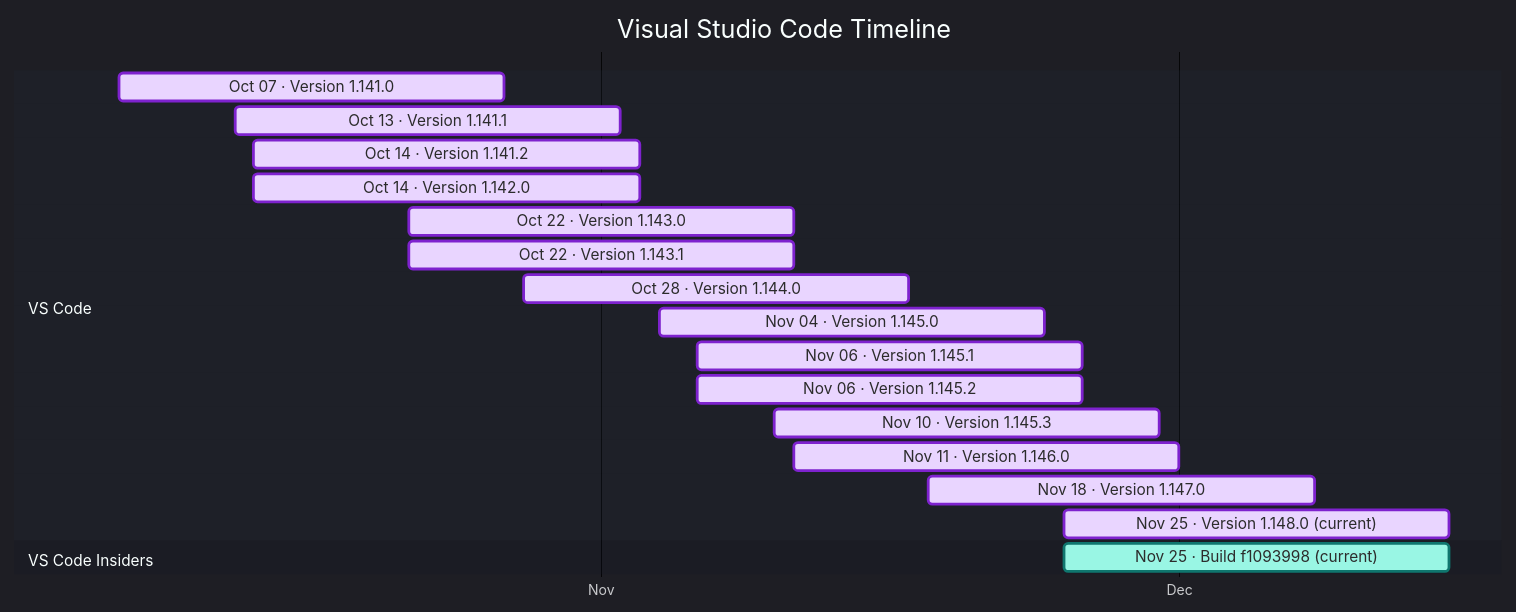
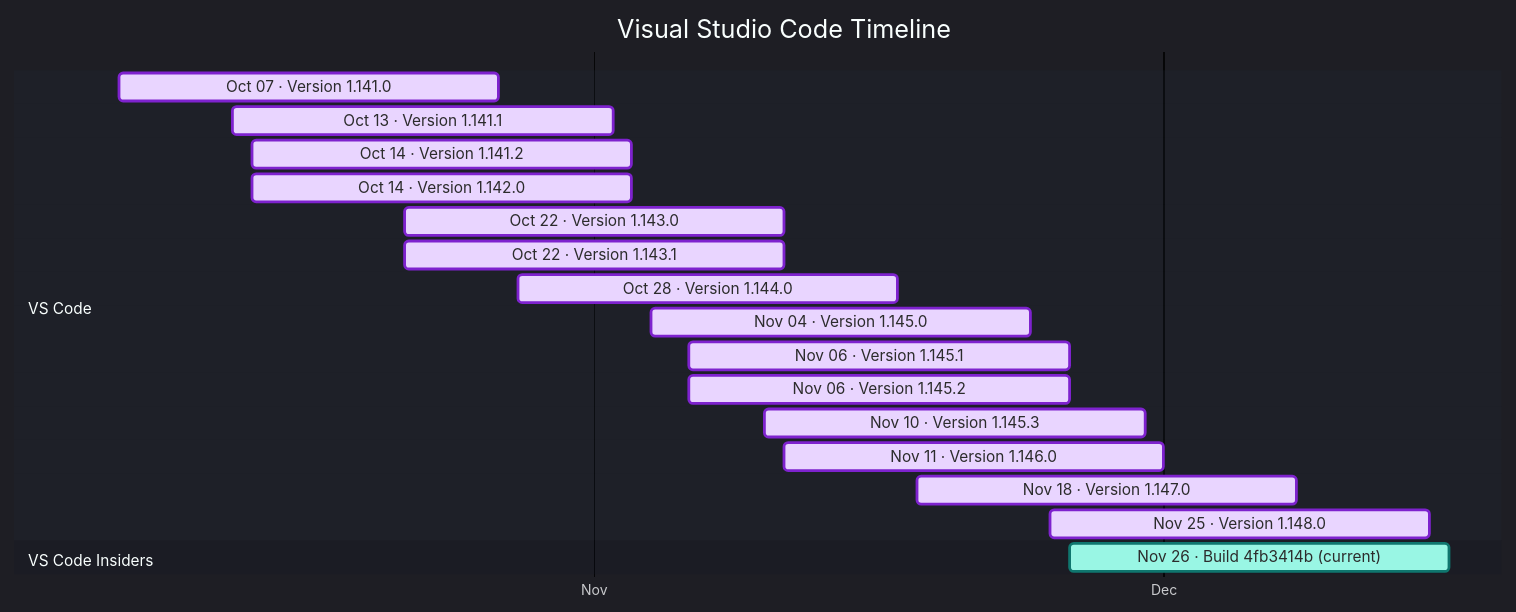
One commit to Oxelya-DevTools/VisualStudioUpdate changed the diagram in docs/vscode.md. Above: the diagram before and after it, drawn with Mermaid. The commit also changed other lines of this file and 1 other file, not shown here.

Commit message:
Update generated release feeds

````diff
--- a/docs/vscode.md
+++ b/docs/vscode.md
@@ -9,25 +9,25 @@
 ```mermaid
 %%{init: {'theme':'dark','themeVariables': { 'fontFamily': 'Segoe UI', 'fontSize': '24px', 'textColor': '#F3F4F6', 'titleTextColor': '#FFFFFF', 'taskTextColor': '#111827', 'taskTextLightColor': '#111827', 'taskTextOutsideColor': '#F3F4F6', 'taskBkgColor': '#BAE6FD', 'taskBorderColor': '#0369A1', 'doneTaskBkgColor': '#E9D5FF', 'doneTaskBorderColor': '#7E22CE', 'activeTaskBkgColor': '#99F6E4', 'activeTaskBorderColor': '#0F766E', 'critTaskBkgColor': '#FED7AA', 'critTaskBorderColor': '#C2410C', 'sectionBkgColor': '#1F2937', 'altSectionBkgColor': '#111827', 'gridColor': '#4B5563', 'todayLineColor': '#F87171' }}}%%
 gantt
     title Visual Studio Code Timeline
     dateFormat  YYYY-MM-DD
     axisFormat  %b
     tickInterval 1month
     section VS Code
     Oct 07 · Version 1.141.0 : done, vscode202610070, 2026-10-07, 20d
     Oct 13 · Version 1.141.1 : done, vscode202610131, 2026-10-13, 20d
     Oct 14 · Version 1.141.2 : done, vscode202610142, 2026-10-14, 20d
     Oct 14 · Version 1.142.0 : done, vscode202610143, 2026-10-14, 20d
     Oct 22 · Version 1.143.0 : done, vscode202610224, 2026-10-22, 20d
     Oct 22 · Version 1.143.1 : done, vscode202610225, 2026-10-22, 20d
     Oct 28 · Version 1.144.0 : done, vscode202610286, 2026-10-28, 20d
     Nov 04 · Version 1.145.0 : done, vscode202611047, 2026-11-04, 20d
     Nov 06 · Version 1.145.1 : done, vscode202611068, 2026-11-06, 20d
     Nov 06 · Version 1.145.2 : done, vscode202611069, 2026-11-06, 20d
     Nov 10 · Version 1.145.3 : done, vscode2026111010, 2026-11-10, 20d
     Nov 11 · Version 1.146.0 : done, vscode2026111111, 2026-11-11, 20d
     Nov 18 · Version 1.147.0 : done, vscode2026111812, 2026-11-18, 20d
-    Nov 25 · Version 1.148.0 (current) : done, vscode2026112513, 2026-11-25, 20d
+    Nov 25 · Version 1.148.0 : done, vscode2026112513, 2026-11-25, 20d
     section VS Code Insiders
-    Nov 25 · Build f1093998 (current) : active, vscodeinsiders202611250, 2026-11-25, 20d
+    Nov 26 · Build 4fb3414b (current) : active, vscodeinsiders202611260, 2026-11-26, 20d
 ```
````
